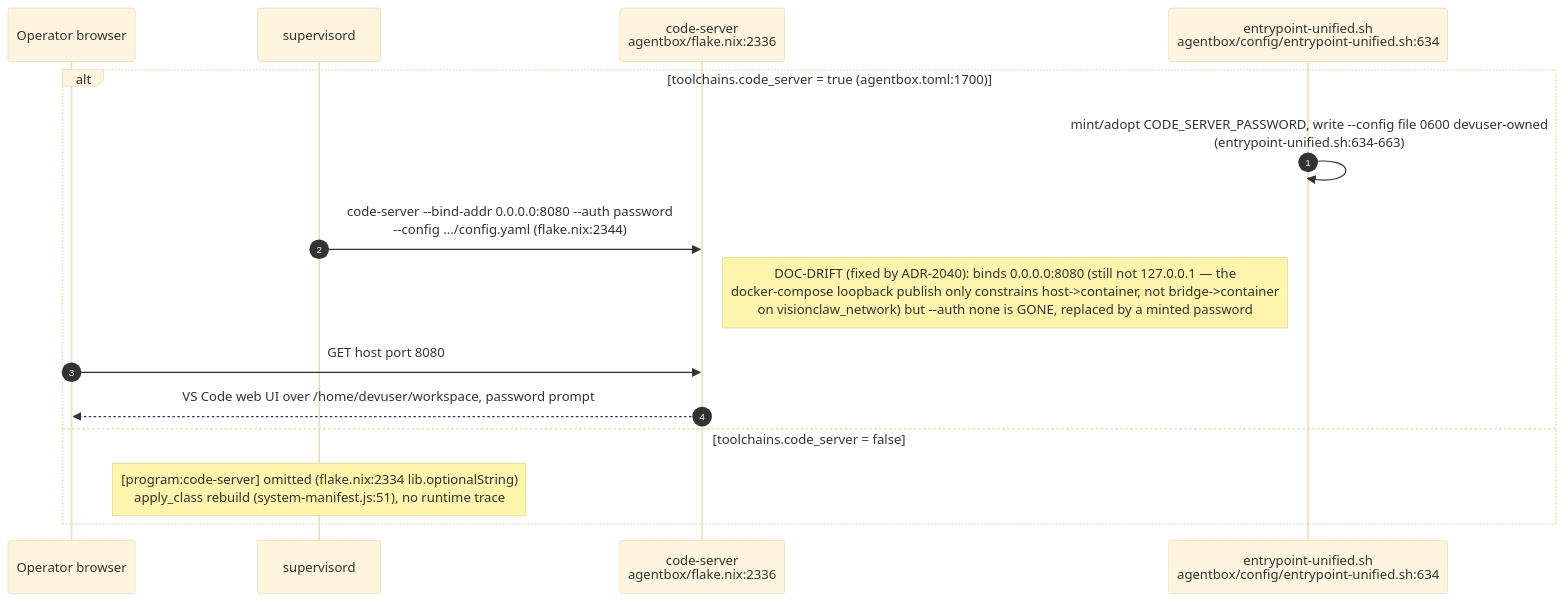
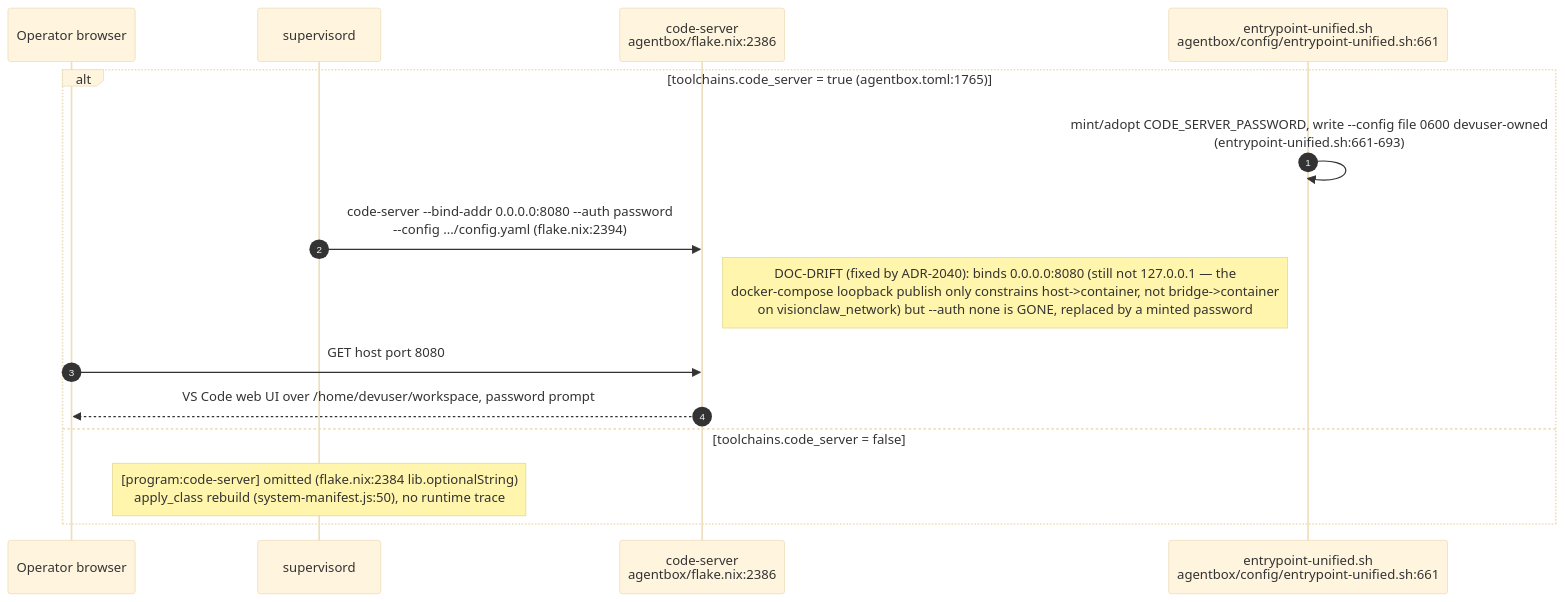
One commit to DreamLab-AI/VisionFlow changed the sixth of 13 diagrams in docs/diagrams/agentbox/27-media-gpu-capability-services.md. Above: the diagram before and after it, drawn with Mermaid (base theme). The commit also changed other lines of this file and 136 other files, not shown here.

First line of the commit message:
docs(diagrams): refresh the whole corpus to code HEAD and prune low-value diagrams

````diff
--- a/docs/diagrams/agentbox/27-media-gpu-capability-services.md
+++ b/docs/diagrams/agentbox/27-media-gpu-capability-services.md
@@ -205,18 +206,18 @@
 ```mermaid
 sequenceDiagram
     autonumber
     participant Op as Operator browser
     participant Sup as supervisord
-    participant CS as code-server<br/>agentbox/flake.nix:2336
-    participant Entry as entrypoint-unified.sh<br/>agentbox/config/entrypoint-unified.sh:634
+    participant CS as code-server<br/>agentbox/flake.nix:2386
+    participant Entry as entrypoint-unified.sh<br/>agentbox/config/entrypoint-unified.sh:661
 
-    alt toolchains.code_server = true (agentbox.toml:1700)
-        Entry->>Entry: mint/adopt CODE_SERVER_PASSWORD, write --config file 0600 devuser-owned<br/>(entrypoint-unified.sh:634-663)
-        Sup->>CS: code-server --bind-addr 0.0.0.0:8080 --auth password<br/>--config .../config.yaml (flake.nix:2344)
+    alt toolchains.code_server = true (agentbox.toml:1765)
+        Entry->>Entry: mint/adopt CODE_SERVER_PASSWORD, write --config file 0600 devuser-owned<br/>(entrypoint-unified.sh:661-693)
+        Sup->>CS: code-server --bind-addr 0.0.0.0:8080 --auth password<br/>--config .../config.yaml (flake.nix:2394)
         Note right of CS: DOC-DRIFT (fixed by ADR-2040): binds 0.0.0.0:8080 (still not 127.0.0.1 — the<br/>docker-compose loopback publish only constrains host->container, not bridge->container<br/>on visionclaw_network) but --auth none is GONE, replaced by a minted password
         Op->>CS: GET host port 8080
         CS-->>Op: VS Code web UI over /home/devuser/workspace, password prompt
     else toolchains.code_server = false
-        Note over Sup: [program:code-server] omitted (flake.nix:2334 lib.optionalString)<br/>apply_class rebuild (system-manifest.js:51), no runtime trace
+        Note over Sup: [program:code-server] omitted (flake.nix:2384 lib.optionalString)<br/>apply_class rebuild (system-manifest.js:50), no runtime trace
     end
 ```
````
